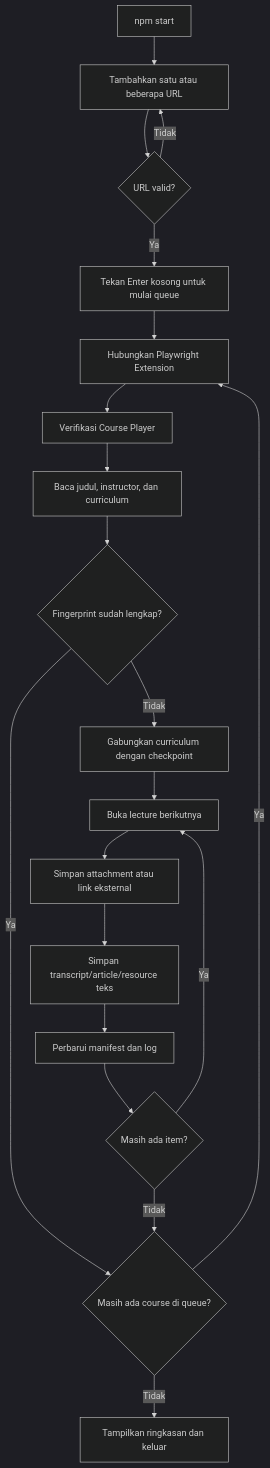
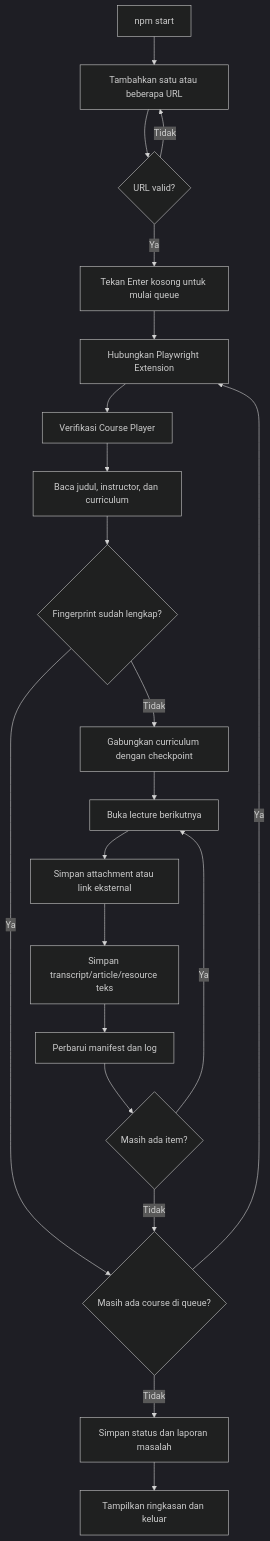
The diagram in README.md (myfirnanda/scrap-udemy), drawn with Mermaid (dark theme) before and after one commit. The commit also changed other lines of this file and 11 other files, not shown here.

````diff
--- a/README.md
+++ b/README.md
@@ -24,22 +26,23 @@
 ```mermaid
 flowchart TD
     A["npm start"] --> B["Tambahkan satu atau beberapa URL"]
     B --> C{"URL valid?"}
     C -->|Tidak| B
     C -->|Ya| D["Tekan Enter kosong untuk mulai queue"]
     D --> E["Hubungkan Playwright Extension"]
     E --> F["Verifikasi Course Player"]
     F --> G["Baca judul, instructor, dan curriculum"]
     G --> H{"Fingerprint sudah lengkap?"}
     H -->|Ya| O
     H -->|Tidak| I["Gabungkan curriculum dengan checkpoint"]
     I --> J["Buka lecture berikutnya"]
     J --> K["Simpan attachment atau link eksternal"]
     K --> L["Simpan transcript/article/resource teks"]
     L --> M["Perbarui manifest dan log"]
     M --> N{"Masih ada item?"}
     N -->|Ya| J
     N -->|Tidak| O{"Masih ada course di queue?"}
     O -->|Ya| E
-    O -->|Tidak| P["Tampilkan ringkasan dan keluar"]
+    O -->|Tidak| P["Simpan status dan laporan masalah"]
+    P --> Q["Tampilkan ringkasan dan keluar"]
 ```
````
